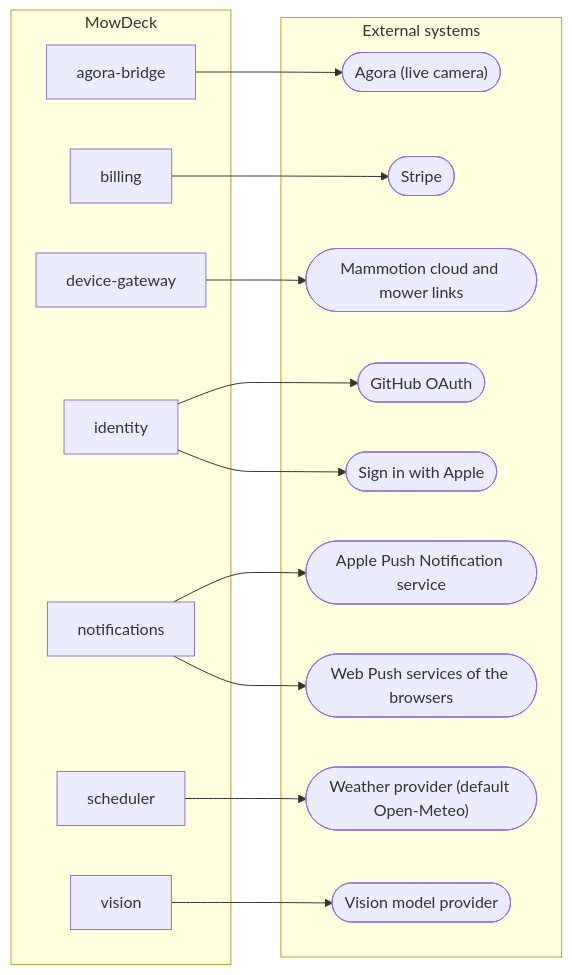
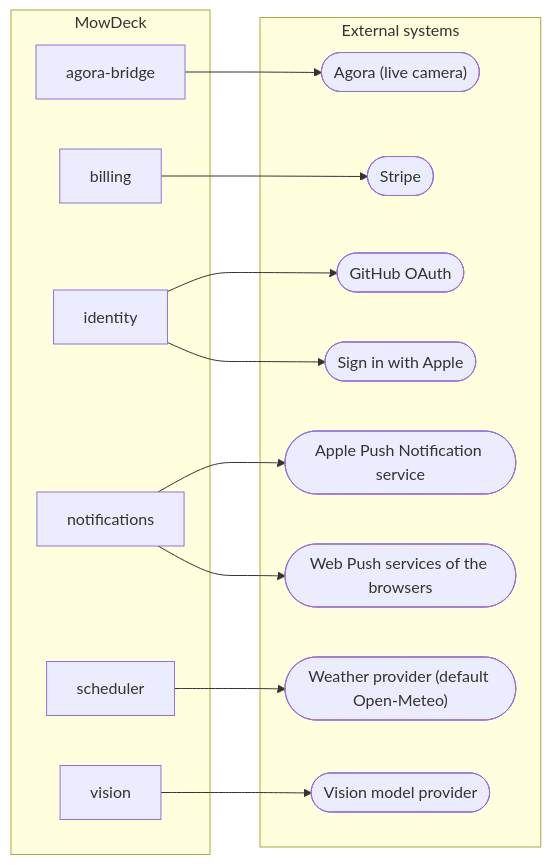
Before and after one commit to lukislp/mowdeck: the third of 15 diagrams in docs/architecture/generated.md, drawn with Mermaid. The commit also changed other lines of this file and 120 other files, not shown here.

First line of the commit message:
feat: cloud provider plugins for linked vendor accounts (ADR 0065) (#196)

````diff
--- a/docs/architecture/generated.md
+++ b/docs/architecture/generated.md
@@ -151,32 +151,29 @@
 ```mermaid
 flowchart LR
   subgraph mowdeck[MowDeck]
     agora_bridge["agora-bridge"]
     billing["billing"]
-    device_gateway["device-gateway"]
     identity["identity"]
     notifications["notifications"]
     scheduler["scheduler"]
     vision["vision"]
   end
   subgraph outside[External systems]
     x0(["Agora (live camera)"])
     x1(["Apple Push Notification service"])
     x2(["GitHub OAuth"])
-    x3(["Mammotion cloud and mower links"])
-    x4(["Sign in with Apple"])
-    x5(["Stripe"])
-    x6(["Vision model provider"])
-    x7(["Weather provider (default Open-Meteo)"])
-    x8(["Web Push services of the browsers"])
+    x3(["Sign in with Apple"])
+    x4(["Stripe"])
+    x5(["Vision model provider"])
+    x6(["Weather provider (default Open-Meteo)"])
+    x7(["Web Push services of the browsers"])
   end
   agora_bridge --> x0
-  billing --> x5
-  device_gateway --> x3
+  billing --> x4
   identity --> x2
-  identity --> x4
+  identity --> x3
   notifications --> x1
-  notifications --> x8
-  scheduler --> x7
-  vision --> x6
+  notifications --> x7
+  scheduler --> x6
+  vision --> x5
 ```
````
